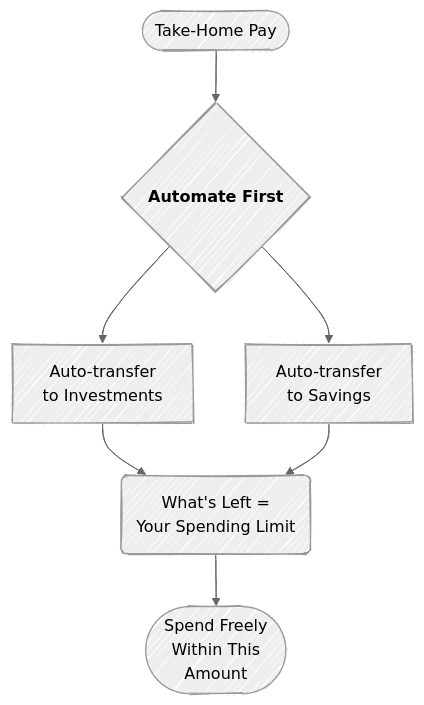
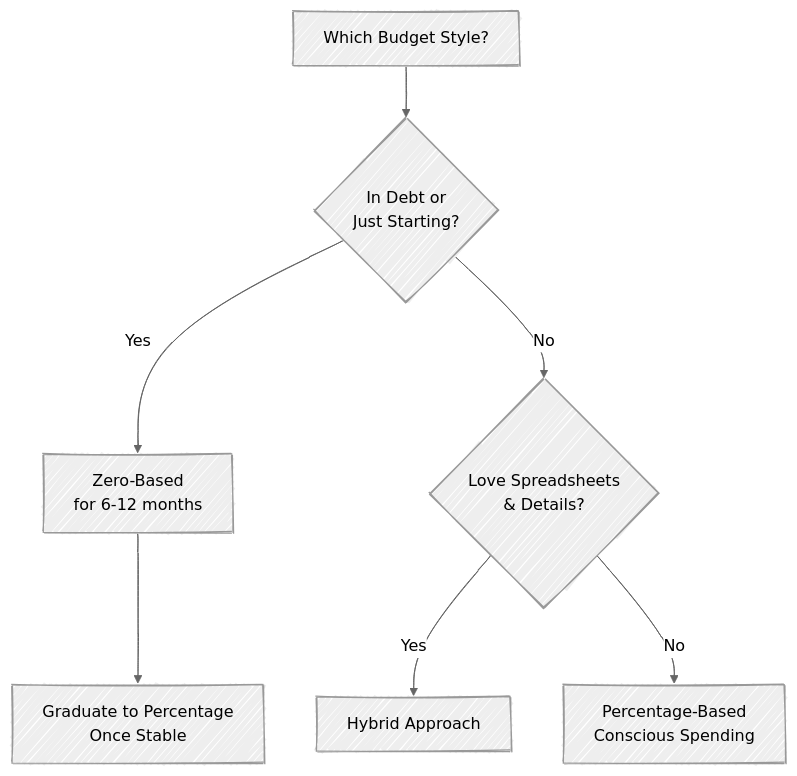
Before and after one commit to mjfrigaard/fm-finance: the fourth of 6 diagrams in budgeting.qmd, drawn with Mermaid. The commit also changed other lines of this file and 2 other files, not shown here.

````diff
--- a/budgeting.qmd
+++ b/budgeting.qmd
@@ -56,13 +137,13 @@
 ```{mermaid}
-%%| fig-cap: 'Automate to keep it simple'
+%%| fig-cap: 'Which Budget To Choose?'
 %%| fig-align: center
 %%{init: {'theme': 'neutral', 'look': 'handDrawn', 'themeVariables': { 'fontFamily': 'monospace', "fontSize":"16px"}}}%%
 
 flowchart TD
-    Start(["Take-Home Pay"]) --> PayYourselfFirst{"<strong>Automate First</strong>"}
-    PayYourselfFirst --> InvestAuto["Auto-transfer<br>to Investments"]
-    PayYourselfFirst --> SaveAuto["Auto-transfer<br>to Savings"]
-    InvestAuto --> Remainder("What's Left =<br> Your Spending Limit")
-    SaveAuto --> Remainder
-    Remainder --> SpendFreely(["Spend Freely<br>Within This<br>Amount"])
+    Choose[Which Budget Style?] --> Question1{In Debt or<br/>Just Starting?}
+    Question1 -->|Yes| ZeroBased[Zero-Based<br/>for 6-12 months]
+    Question1 -->|No| Question2{Love Spreadsheets<br/>& Details?}
+    Question2 -->|Yes| Hybrid[Hybrid Approach]
+    Question2 -->|No| Percentage[Percentage-Based<br/>Conscious Spending]
+    ZeroBased --> Eventually[Graduate to Percentage<br/>Once Stable]
 ```
````
